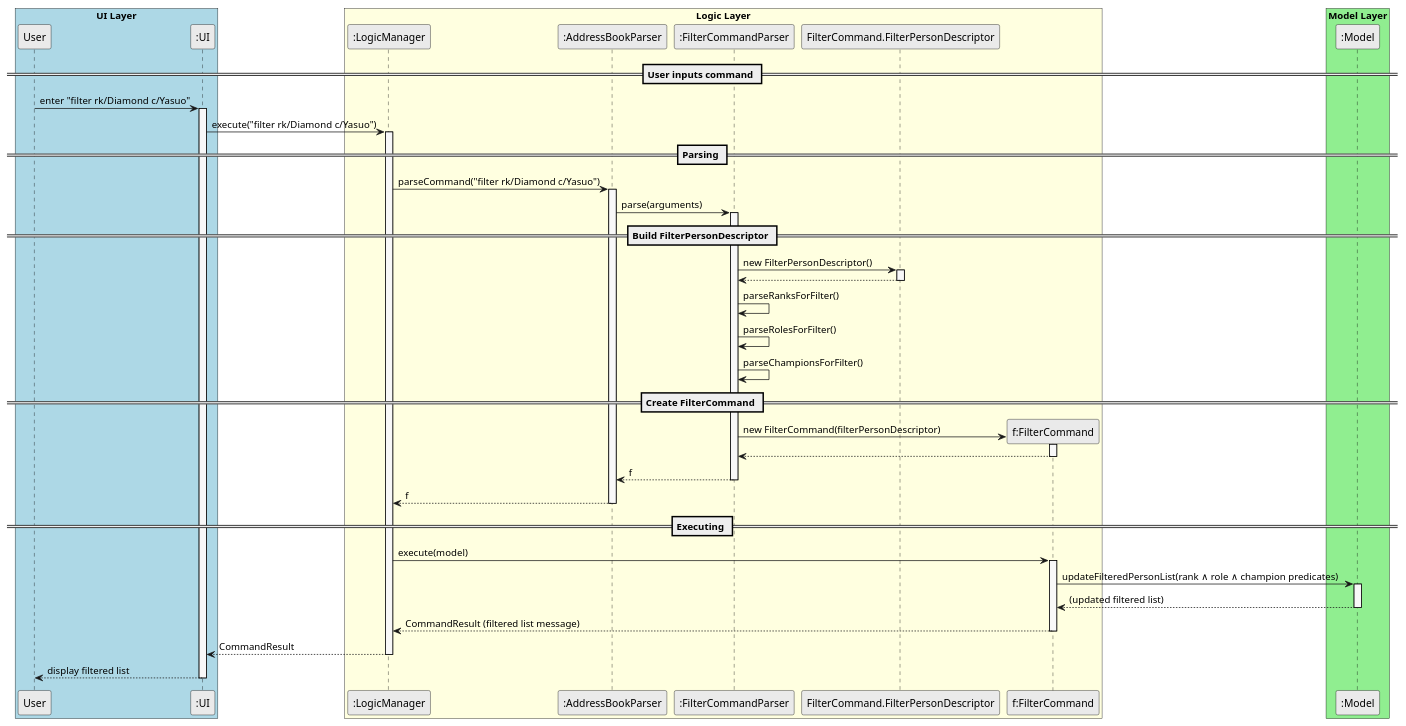
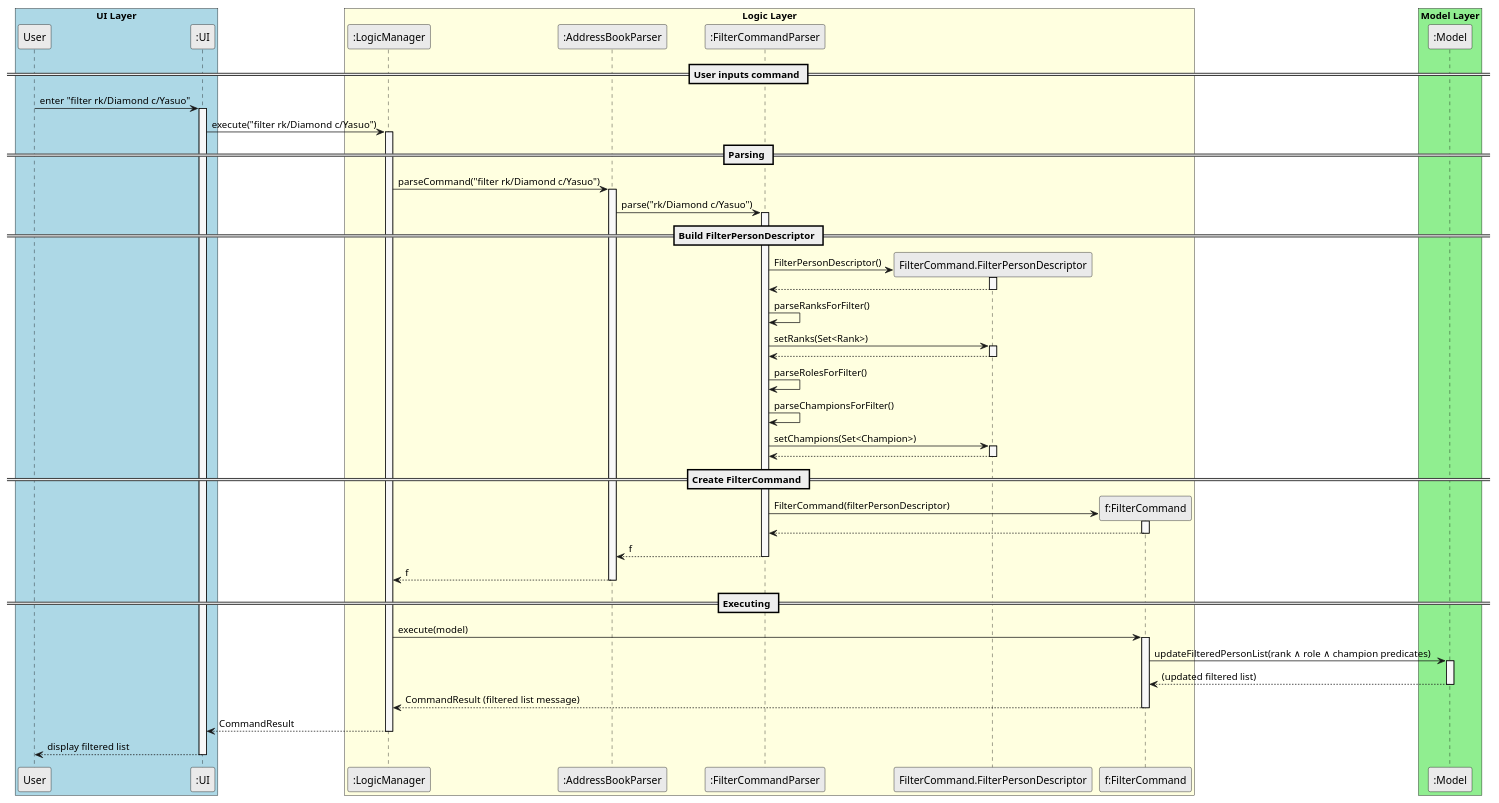
Before and after one commit to BryanKCodes/tp: the diagram in docs/diagrams/FilterCommandSequenceDiagram.puml, drawn with PlantUML. The commit also changed 2 other files, not shown here.

Commit message:
Update UML diagrams

```diff
--- a/docs/diagrams/FilterCommandSequenceDiagram.puml
+++ b/docs/diagrams/FilterCommandSequenceDiagram.puml
@@ -1,87 +1,97 @@
 @startuml
 skinparam participantStyle Rectangle
 skinparam shadowing false
 skinparam ArrowFontStyle plain
 skinparam BoxPadding 10
 skinparam sequence {
     LifeLineBorderColor black
     LifeLineBackgroundColor #F8F8F8
     ParticipantBorderColor black
     ParticipantBackgroundColor #EAEAEA
     BoxBorderColor black
 }
 
 box "UI Layer" #LightBlue
 participant "User" as User
 participant ":UI" as UI
 end box
 
 box "Logic Layer" #LightYellow
 participant ":LogicManager" as LogicManager
 participant ":AddressBookParser" as AddressBookParser
 participant ":FilterCommandParser" as FilterCommandParser
 participant "FilterCommand.FilterPersonDescriptor" as FilterPersonDescriptor
 participant "f:FilterCommand" as FilterCommand
 end box
 
 box "Model Layer" #LightGreen
 participant ":Model" as Model
 end box
 
 == User inputs command ==
 User -> UI : enter "filter rk/Diamond c/Yasuo"
 activate UI
 
 UI -> LogicManager : execute("filter rk/Diamond c/Yasuo")
 activate LogicManager
 
 == Parsing ==
 LogicManager -> AddressBookParser : parseCommand("filter rk/Diamond c/Yasuo")
 activate AddressBookParser
 
-AddressBookParser -> FilterCommandParser : parse(arguments)
+AddressBookParser -> FilterCommandParser : parse("rk/Diamond c/Yasuo")
 activate FilterCommandParser
 
 == Build FilterPersonDescriptor ==
-FilterCommandParser -> FilterPersonDescriptor : new FilterPersonDescriptor()
+create FilterPersonDescriptor
+FilterCommandParser -> FilterPersonDescriptor : FilterPersonDescriptor()
 activate FilterPersonDescriptor
 FilterPersonDescriptor --> FilterCommandParser
 deactivate FilterPersonDescriptor
 
 FilterCommandParser -> FilterCommandParser : parseRanksForFilter()
+FilterCommandParser -> FilterPersonDescriptor : setRanks(Set<Rank>)
+activate FilterPersonDescriptor
+FilterPersonDescriptor --> FilterCommandParser
+deactivate FilterPersonDescriptor
 FilterCommandParser -> FilterCommandParser : parseRolesForFilter()
 FilterCommandParser -> FilterCommandParser : parseChampionsForFilter()
+FilterCommandParser -> FilterPersonDescriptor : setChampions(Set<Champion>)
+activate FilterPersonDescriptor
+FilterPersonDescriptor --> FilterCommandParser
+deactivate FilterPersonDescriptor
+
 
 == Create FilterCommand ==
 create FilterCommand
-FilterCommandParser -> FilterCommand : new FilterCommand(filterPersonDescriptor)
+FilterCommandParser -> FilterCommand : FilterCommand(filterPersonDescriptor)
 activate FilterCommand
 FilterCommand --> FilterCommandParser
 deactivate FilterCommand
 
 FilterCommandParser --> AddressBookParser : f
 deactivate FilterCommandParser
 
 AddressBookParser --> LogicManager : f
 deactivate AddressBookParser
 
 == Executing ==
 LogicManager -> FilterCommand : execute(model)
 activate FilterCommand
 
 FilterCommand -> Model : updateFilteredPersonList(rank ∧ role ∧ champion predicates)
 activate Model
 
 Model --> FilterCommand : (updated filtered list)
 deactivate Model
 
 FilterCommand --> LogicManager : CommandResult (filtered list message)
 deactivate FilterCommand
 
 LogicManager --> UI : CommandResult
 deactivate LogicManager
 
 UI --> User : display filtered list
 deactivate UI
 
 @enduml
```
